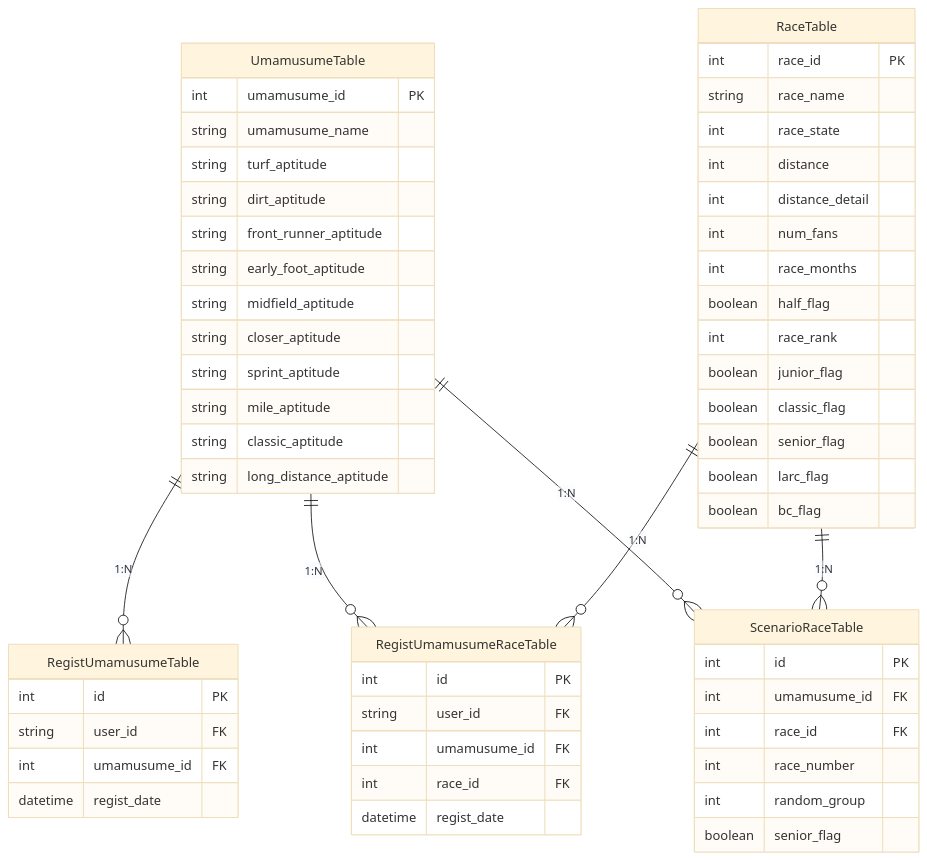
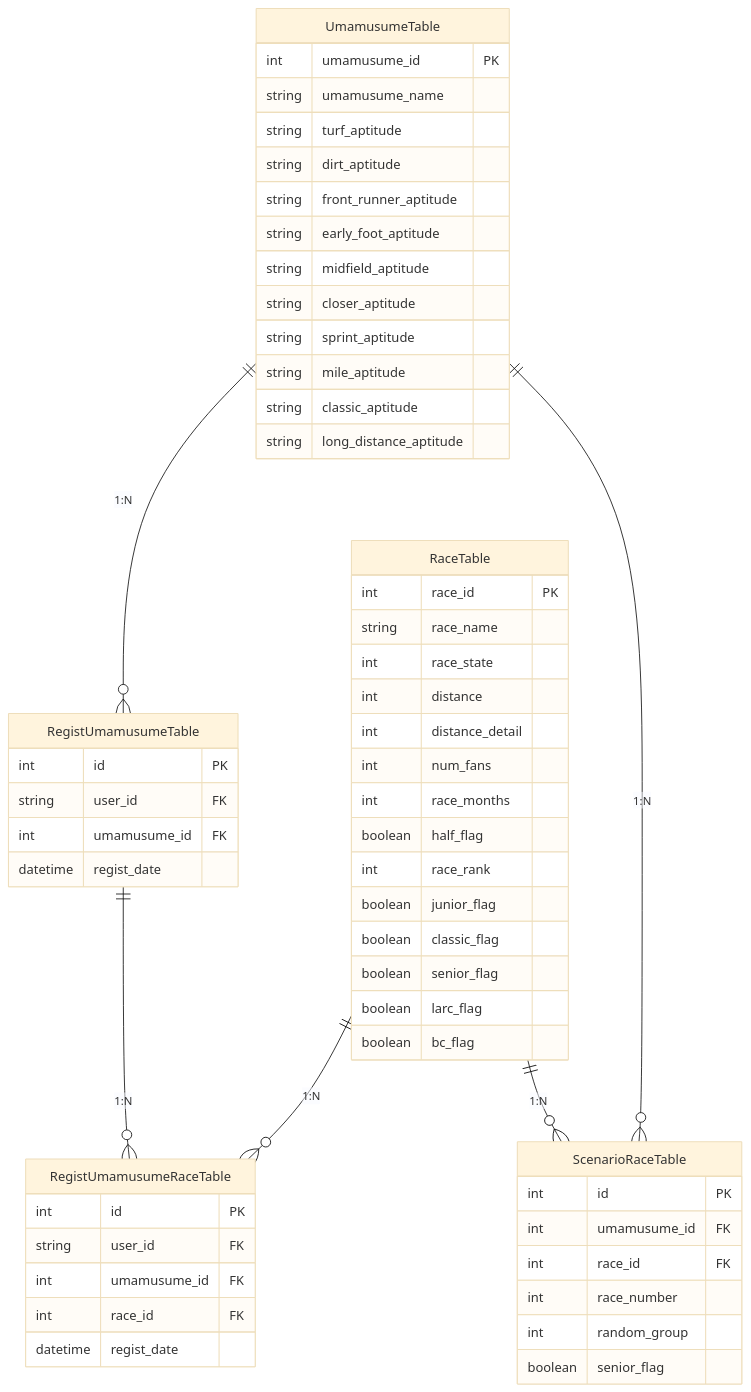
The diagram in docs/architecture.md (Spepepepe/Uma_Crown_Simulator), drawn with Mermaid (base theme) before and after one commit.

Commit message:
architecture.md: ER図のリレーション修正
- UmamusumeTable → RegistUmamusumeRaceTable の冗長なリレーションを削除
- RegistUmamusumeTable ||--o{ RegistUmamusumeRaceTable の 1:N リレーションを追加

````diff
--- a/docs/architecture.md
+++ b/docs/architecture.md
@@ -101,64 +101,64 @@
 ```mermaid
 erDiagram
     UmamusumeTable ||--o{ RegistUmamusumeTable : "1:N"
-    UmamusumeTable ||--o{ RegistUmamusumeRaceTable : "1:N"
     UmamusumeTable ||--o{ ScenarioRaceTable : "1:N"
     RaceTable ||--o{ RegistUmamusumeRaceTable : "1:N"
     RaceTable ||--o{ ScenarioRaceTable : "1:N"
+    RegistUmamusumeTable ||--o{ RegistUmamusumeRaceTable : "1:N"
 
     UmamusumeTable {
         int umamusume_id PK
         string umamusume_name
         string turf_aptitude
         string dirt_aptitude
         string front_runner_aptitude
         string early_foot_aptitude
         string midfield_aptitude
         string closer_aptitude
         string sprint_aptitude
         string mile_aptitude
         string classic_aptitude
         string long_distance_aptitude
     }
 
     RaceTable {
         int race_id PK
         string race_name
         int race_state
         int distance
         int distance_detail
         int num_fans
         int race_months
         boolean half_flag
         int race_rank
         boolean junior_flag
         boolean classic_flag
         boolean senior_flag
         boolean larc_flag
         boolean bc_flag
     }
 
     RegistUmamusumeTable {
         int id PK
         string user_id FK
         int umamusume_id FK
         datetime regist_date
     }
 
     RegistUmamusumeRaceTable {
         int id PK
         string user_id FK
         int umamusume_id FK
         int race_id FK
         datetime regist_date
     }
 
     ScenarioRaceTable {
         int id PK
         int umamusume_id FK
         int race_id FK
         int race_number
         int random_group
         boolean senior_flag
     }
 ```
````
